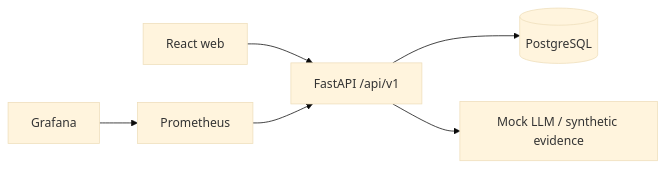
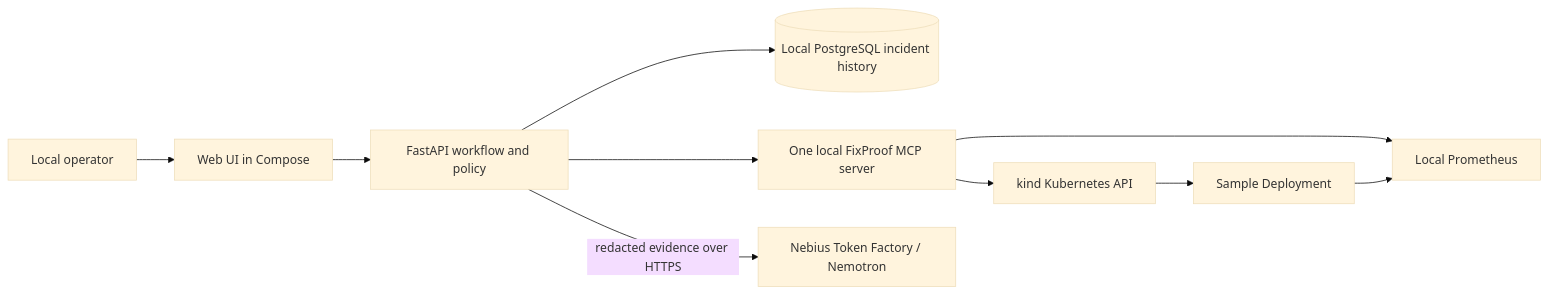
Before and after one commit to fomo-ash/Nvidia: the diagram in docs/ARCHITECTURE.md, drawn with Mermaid (base theme). The commit also changed other lines of this file and 13 other files, not shown here.

Commit message:
docs: align FixProof MVP architecture and phased roadmap

````diff
--- a/docs/ARCHITECTURE.md
+++ b/docs/ARCHITECTURE.md
@@ -5,8 +7,12 @@
 ```mermaid
 flowchart LR
-  UI[React web] --> API[FastAPI /api/v1]
-  API --> DB[(PostgreSQL)]
-  Prometheus --> API
-  Grafana --> Prometheus
-  API --> Mock[Mock LLM / synthetic evidence]
+  O[Local operator] --> UI[Web UI in Compose]
+  UI --> API[FastAPI workflow and policy]
+  API --> DB[(Local PostgreSQL incident history)]
+  API --> MCP[One local FixProof MCP server]
+  MCP --> K8S[kind Kubernetes API]
+  MCP --> PROM[Local Prometheus]
+  K8S --> APP[Sample Deployment]
+  APP --> PROM
+  API -->|redacted evidence over HTTPS| NEB[Nebius Token Factory / Nemotron]
 ```
````
